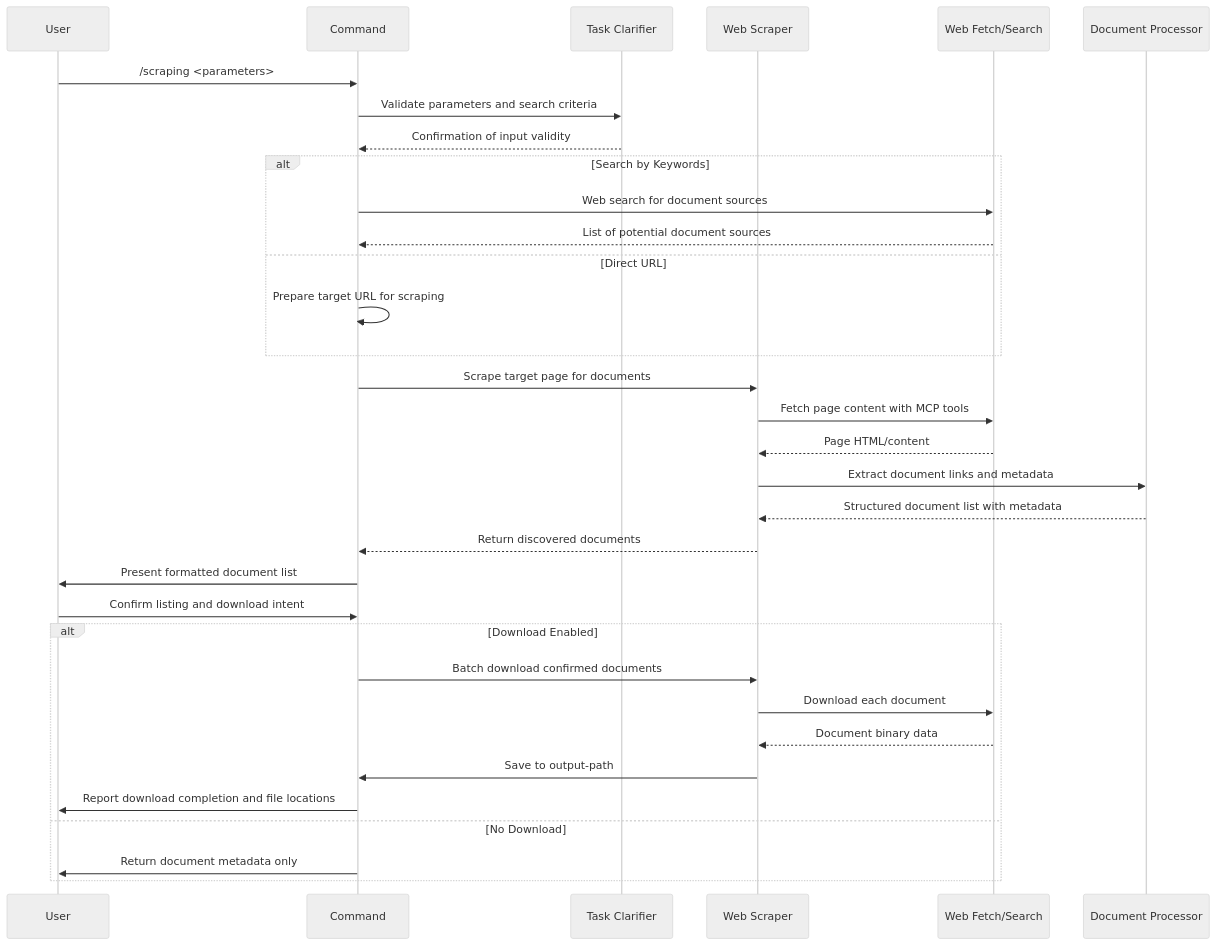
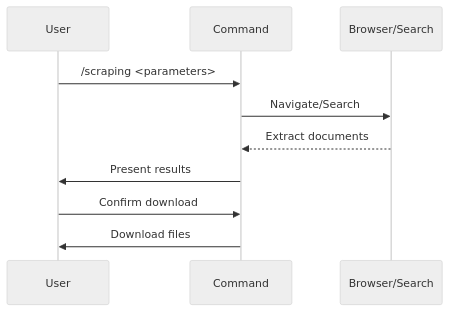
One commit to zzaia/zzaia-agentic-workspace changed the diagram in .claude/commands/document/scraping.md. Above: the diagram before and after it, drawn with Mermaid (neutral theme). The commit also changed other lines of this file, not shown here.

Commit message:
Improve the document scraping command;

````diff
--- a/.claude/commands/document/scraping.md
+++ b/.claude/commands/document/scraping.md
@@ -55,42 +39,13 @@
 ```mermaid
 sequenceDiagram
     participant U as User
     participant C as Command
-    participant TC as Task Clarifier
-    participant WS as Web Scraper
-    participant WF as Web Fetch/Search
-    participant DP as Document Processor
+    participant B as Browser/Search
 
     U->>C: /scraping <parameters>
-    C->>TC: Validate parameters and search criteria
-    TC-->>C: Confirmation of input validity
-
-    alt Search by Keywords
-        C->>WF: Web search for document sources
-        WF-->>C: List of potential document sources
-    else Direct URL
-        C->>C: Prepare target URL for scraping
-    end
-
-    C->>WS: Scrape target page for documents
-    WS->>WF: Fetch page content with MCP tools
-    WF-->>WS: Page HTML/content
-
-    WS->>DP: Extract document links and metadata
-    DP-->>WS: Structured document list with metadata
-
-    WS-->>C: Return discovered documents
-
-    C->>U: Present formatted document list
-    U->>C: Confirm listing and download intent
-
-    alt Download Enabled
-        C->>WS: Batch download confirmed documents
-        WS->>WF: Download each document
-        WF-->>WS: Document binary data
-        WS->>C: Save to output-path
-        C->>U: Report download completion and file locations
-    else No Download
-        C->>U: Return document metadata only
-    end
+    C->>B: Navigate/Search
+    B-->>C: Extract documents
+    C->>U: Present results
+    U->>C: Confirm download
+    C->>U: Download files
 ```
````
